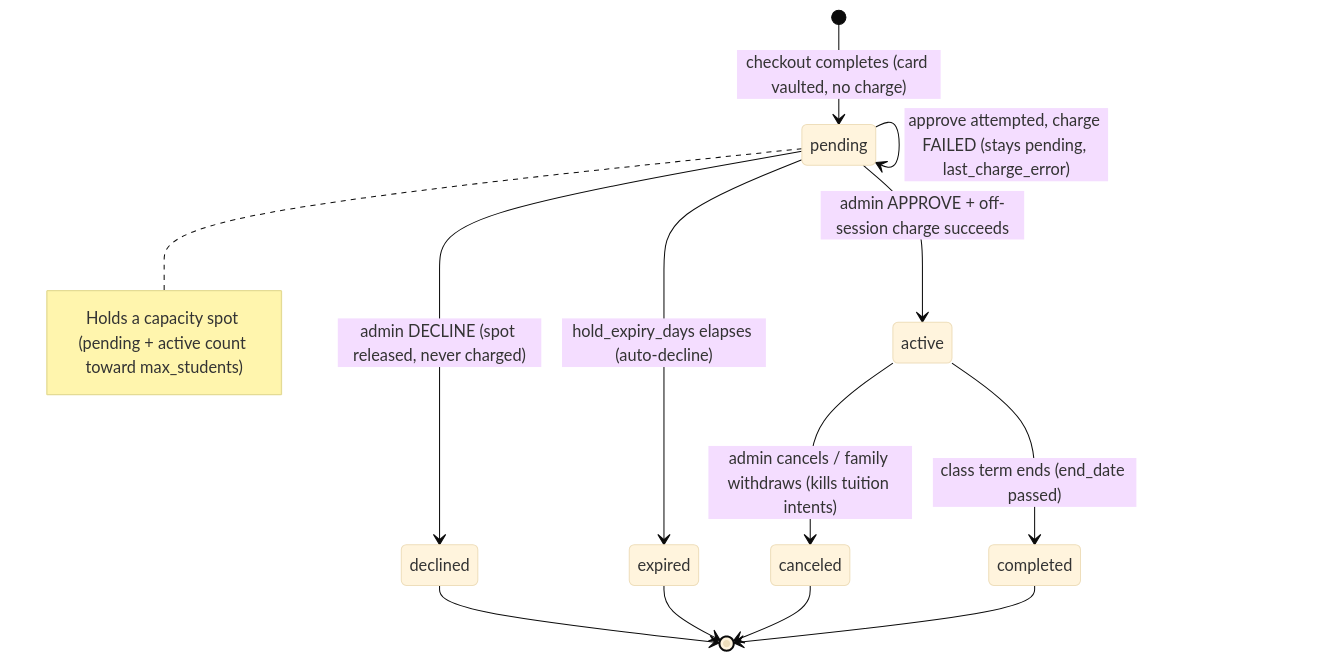
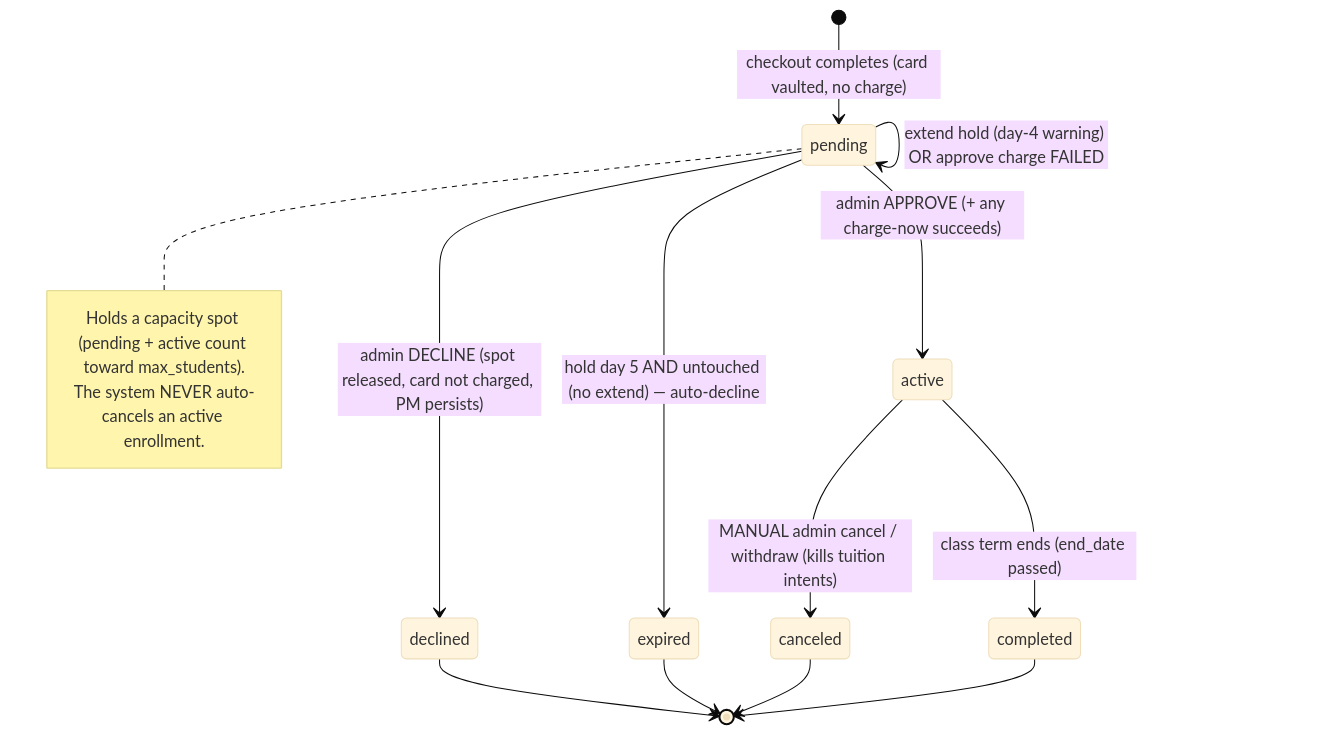
One commit to greenlyzard/bam-platform changed the first of 4 diagrams in docs/BILLING_APPROVAL_AND_DRAW.md. Above: the diagram before and after it, drawn with Mermaid (base theme). The commit also changed other lines of this file, not shown here.

````diff
--- a/docs/BILLING_APPROVAL_AND_DRAW.md
+++ b/docs/BILLING_APPROVAL_AND_DRAW.md
@@ -334,17 +371,18 @@
 ```mermaid
 stateDiagram-v2
     [*] --> pending: checkout completes (card vaulted, no charge)
-    pending --> active: admin APPROVE + off-session charge succeeds
-    pending --> declined: admin DECLINE (spot released, never charged)
-    pending --> expired: hold_expiry_days elapses (auto-decline)
-    pending --> pending: approve attempted, charge FAILED (stays pending, last_charge_error)
-    active --> canceled: admin cancels / family withdraws (kills tuition intents)
+    pending --> active: admin APPROVE (+ any charge-now succeeds)
+    pending --> declined: admin DECLINE (spot released, card not charged, PM persists)
+    pending --> expired: hold day 5 AND untouched (no extend) — auto-decline
+    pending --> pending: extend hold (day-4 warning) OR approve charge FAILED
+    active --> canceled: MANUAL admin cancel / withdraw (kills tuition intents)
     active --> completed: class term ends (end_date passed)
     declined --> [*]
     expired --> [*]
     canceled --> [*]
     completed --> [*]
     note right of pending
-      Holds a capacity spot (pending + active count toward max_students)
+      Holds a capacity spot (pending + active count toward max_students).
+      The system NEVER auto-cancels an active enrollment.
     end note
 ```
````
